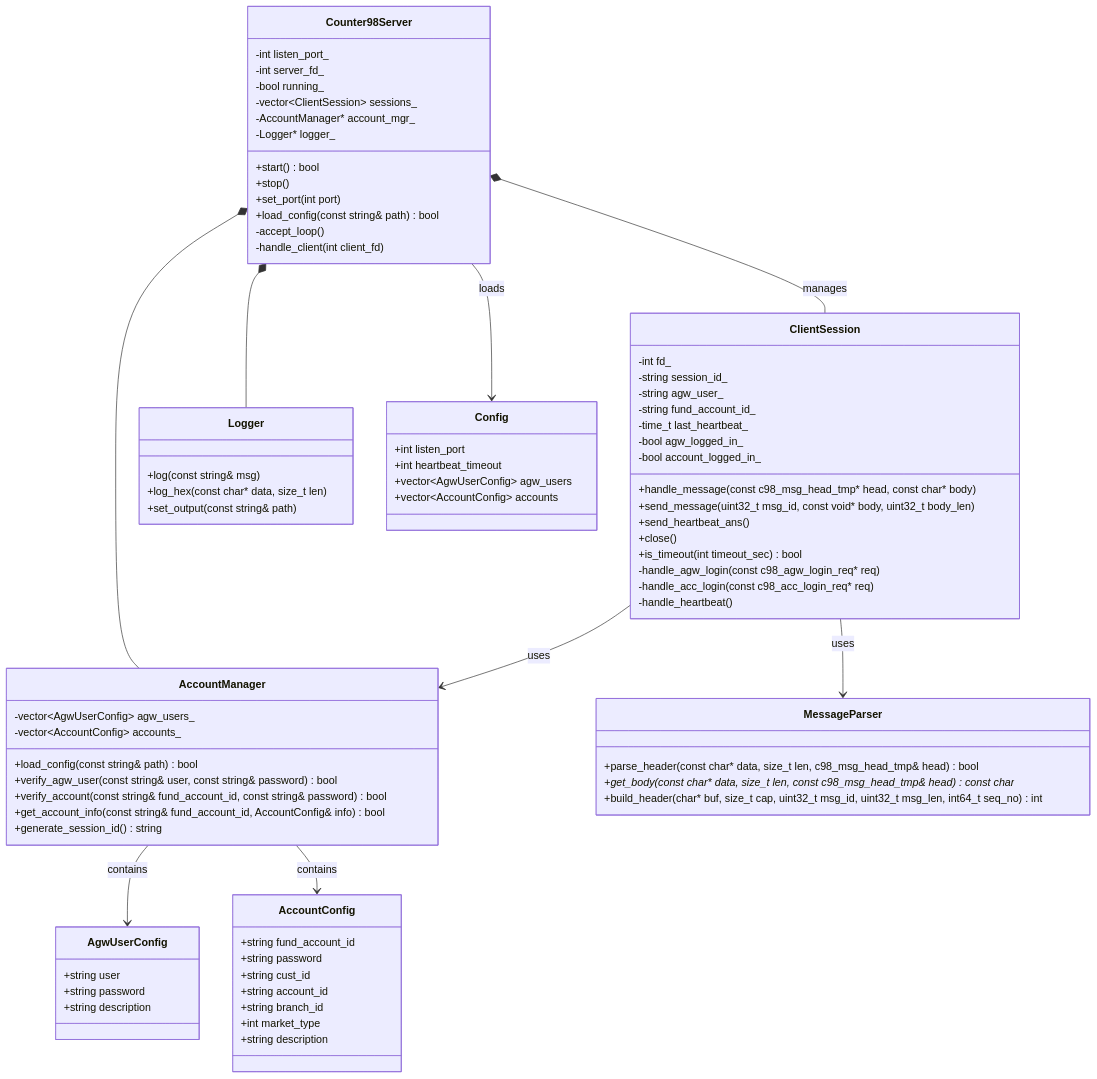
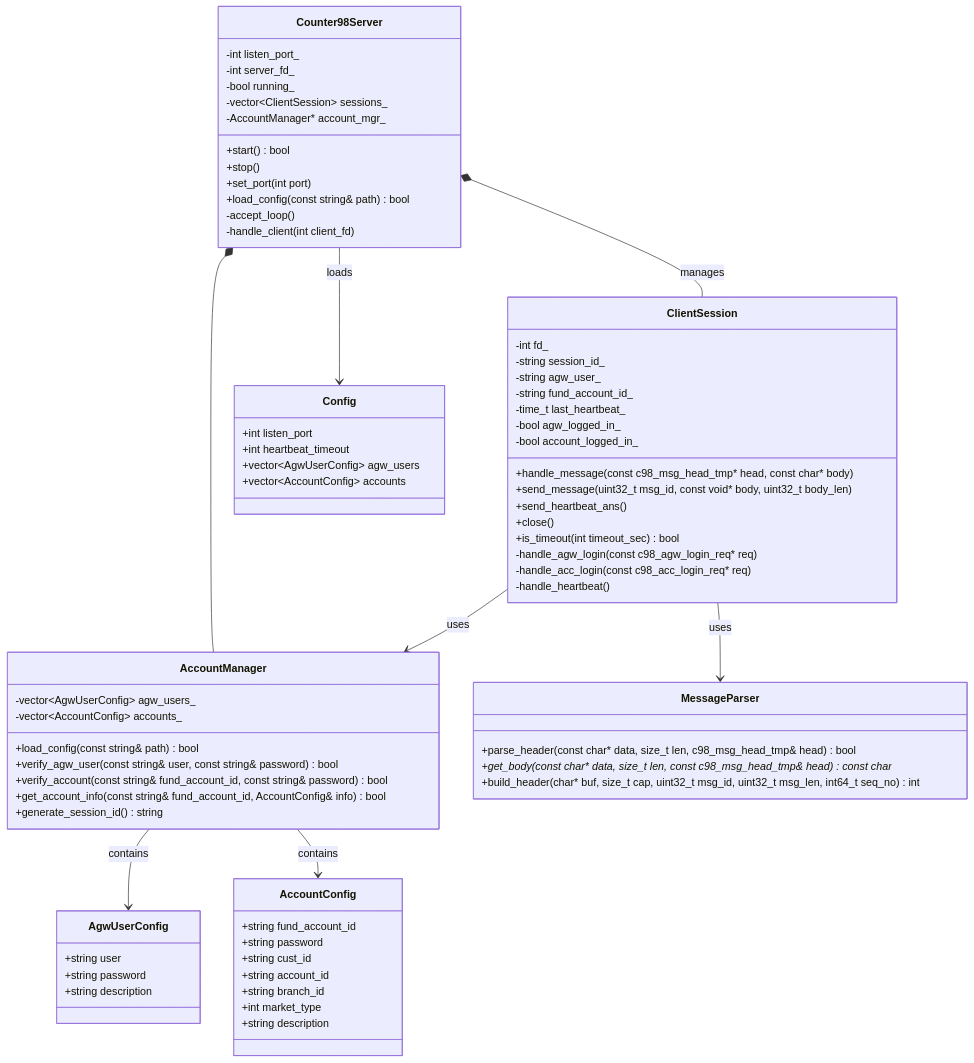
Before and after one commit to lishengze/server_9: the first of 4 diagrams in trunk/NewAPI/gone/api/mock/98_counter/98_counter_mock_design.md, drawn with Mermaid. The commit also changed 11 other files, not shown here.

```diff
--- a/trunk/NewAPI/gone/api/mock/98_counter/98_counter_mock_design.md
+++ b/trunk/NewAPI/gone/api/mock/98_counter/98_counter_mock_design.md
@@ -315,7 +315,6 @@
         -bool running_
         -vector~ClientSession~ sessions_
         -AccountManager* account_mgr_
-        -Logger* logger_
         +start() bool
         +stop()
         +set_port(int port)
@@ -358,12 +357,6 @@
         +build_header(char* buf, size_t cap, uint32_t msg_id, uint32_t msg_len, int64_t seq_no) int
     }
 
-    class Logger {
-        +log(const string& msg)
-        +log_hex(const char* data, size_t len)
-        +set_output(const string& path)
-    }
-
     class Config {
         +int listen_port
         +int heartbeat_timeout
@@ -389,7 +382,6 @@
 
     Counter98Server *-- ClientSession : manages
     Counter98Server *-- AccountManager
-    Counter98Server *-- Logger
     Counter98Server --> Config : loads
     ClientSession --> MessageParser : uses
     ClientSession --> AccountManager : uses
```
